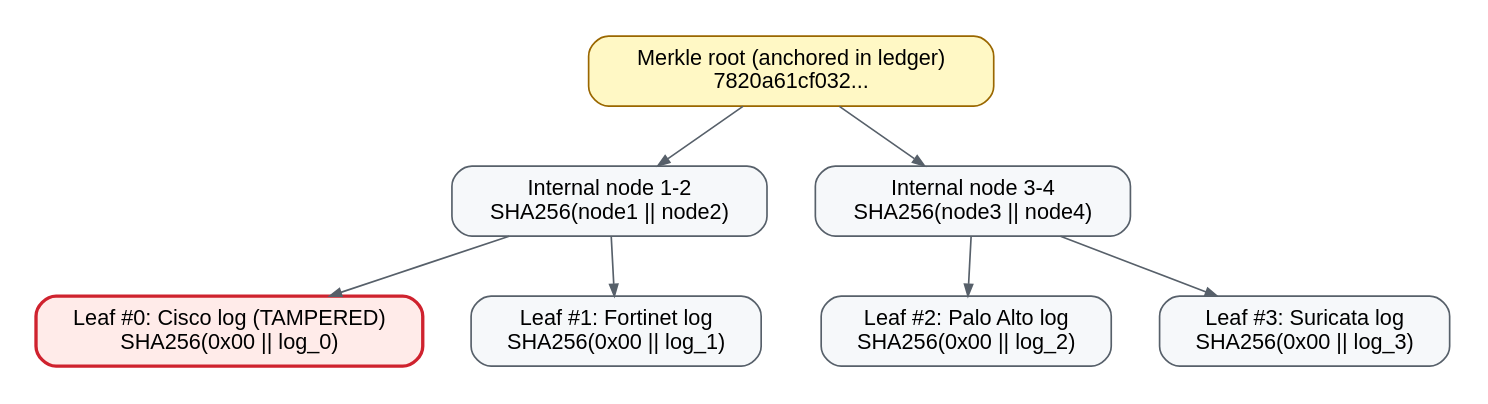
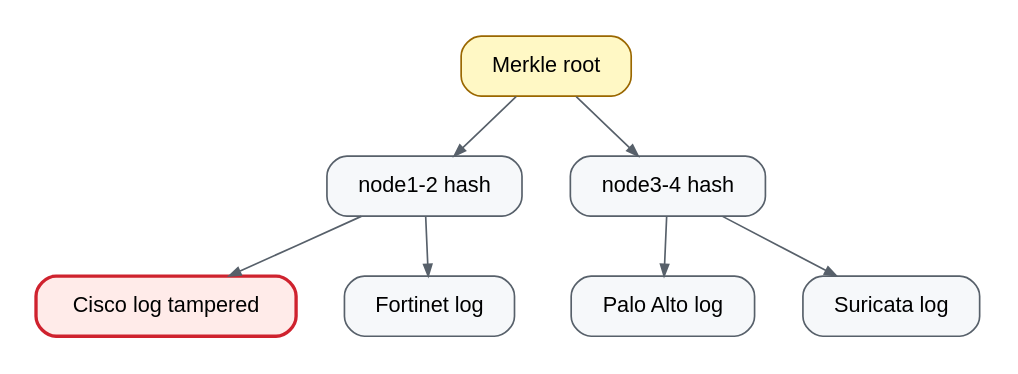
The diagram in docs/diagrams/merkle-tree.dot (animishraa05/layaRustparser), drawn with Graphviz before and after one commit. The commit also changed 11 other files, not shown here.

First line of the commit message:
docs(diagrams): rewrite all 6 .dot labels - max 4 plain-English words

```diff
--- a/docs/diagrams/merkle-tree.dot
+++ b/docs/diagrams/merkle-tree.dot
@@ -1,23 +1,23 @@
 // RFC 6962 Merkle tree with a tampered leaf - source for docs/SIMPLIFIED_EXPLANATION_AND_BENCHMARKS.md section 4.
 // Regenerate: dot -Tpng -Gdpi=144 docs/diagrams/merkle-tree.dot -o docs/diagrams/merkle-tree.png
-// Rule: ASCII-only label text (no unicode symbols - some renderers show tofu).
+// Label rule: ASCII-only, max 4 plain-English words, no sentences, no \n.
 digraph merkle_tree {
   graph [rankdir=TB, bgcolor="white", pad="0.2", nodesep="0.4", ranksep="0.5", fontname="Helvetica"];
   node [shape="box", style="filled,rounded", fillcolor="#f6f8fa", color="#57606a", fontname="Helvetica", fontsize="13", margin="0.18,0.10"];
   edge [color="#57606a", fontname="Helvetica", fontsize="11", arrowsize="0.7"];
 
-  root [label="Merkle root (anchored in ledger)\n7820a61cf032...", fillcolor="#fff8c5", color="#9a6700"];
-  h12  [label="Internal node 1-2\nSHA256(node1 || node2)"];
-  h34  [label="Internal node 3-4\nSHA256(node3 || node4)"];
-  l1   [label="Leaf #0: Cisco log (TAMPERED)\nSHA256(0x00 || log_0)", fillcolor="#ffebe9", color="#cf222e", penwidth=2];
-  l2   [label="Leaf #1: Fortinet log\nSHA256(0x00 || log_1)"];
-  l3   [label="Leaf #2: Palo Alto log\nSHA256(0x00 || log_2)"];
-  l4   [label="Leaf #3: Suricata log\nSHA256(0x00 || log_3)"];
+  root [label="Merkle root", fillcolor="#fff8c5", color="#9a6700"];
+  h12  [label="node1-2 hash"];
+  h34  [label="node3-4 hash"];
+  l1   [label="Cisco log tampered", fillcolor="#ffebe9", color="#cf222e", penwidth=2];
+  l2   [label="Fortinet log"];
+  l3   [label="Palo Alto log"];
+  l4   [label="Suricata log"];
 
   root -> h12;
   root -> h34;
   h12 -> l1;
   h12 -> l2;
   h34 -> l3;
   h34 -> l4;
 }
```
